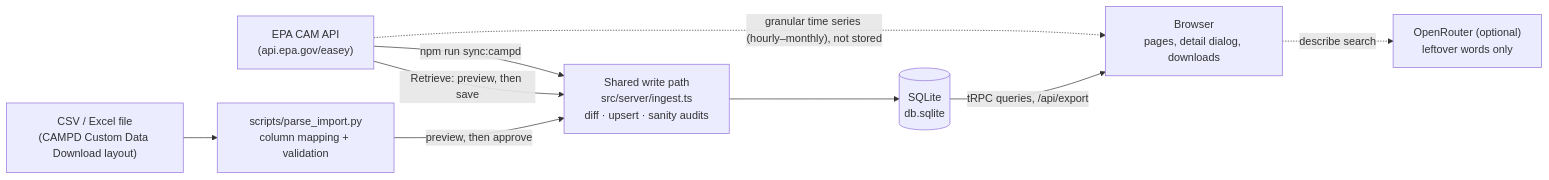
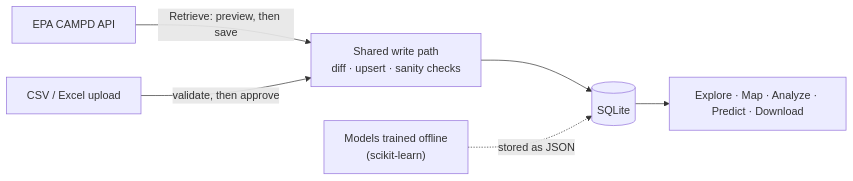
One commit to raajbanga/epaData changed the first of 2 diagrams in README.md. Above: the diagram before and after it, drawn with Mermaid. The commit also changed other lines of this file and 10 other files, not shown here.

````diff
--- a/README.md
+++ b/README.md
@@ -166,18 +54,8 @@
 ```mermaid
 flowchart LR
-    EPA["EPA CAM API<br/>(api.epa.gov/easey)"]
-    FILE["CSV / Excel file<br/>(CAMPD Custom Data Download layout)"]
-    PY["scripts/parse_import.py<br/>column mapping + validation"]
-    W["Shared write path<br/>src/server/ingest.ts<br/>diff · upsert · sanity audits"]
-    DB[("SQLite<br/>db.sqlite")]
-    UI["Browser<br/>pages, detail dialog, downloads"]
-    LLM["OpenRouter (optional)<br/>leftover words only"]
-
-    EPA -- "Retrieve: preview, then save" --> W
-    EPA -- "npm run sync:campd" --> W
-    FILE --> PY -- "preview, then approve" --> W
-    W --> DB
-    DB -- "tRPC queries, /api/export" --> UI
-    EPA -. "granular time series (hourly–monthly), not stored" .-> UI
-    UI -. "describe search" .-> LLM
+    EPA["EPA CAMPD API"] -- "Retrieve: preview, then save" --> W
+    FILE["CSV / Excel upload"] -- "validate, then approve" --> W
+    W["Shared write path<br/>diff · upsert · sanity checks"] --> DB[("SQLite")]
+    DB --> UI["Explore · Map · Analyze · Predict · Download"]
+    ML["Models trained offline<br/>(scikit-learn)"] -. "stored as JSON" .-> DB
 ```
````
